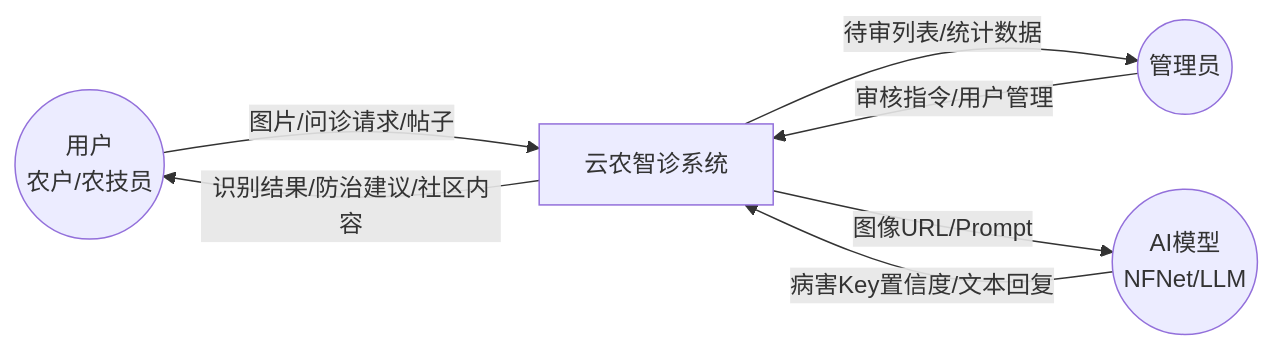
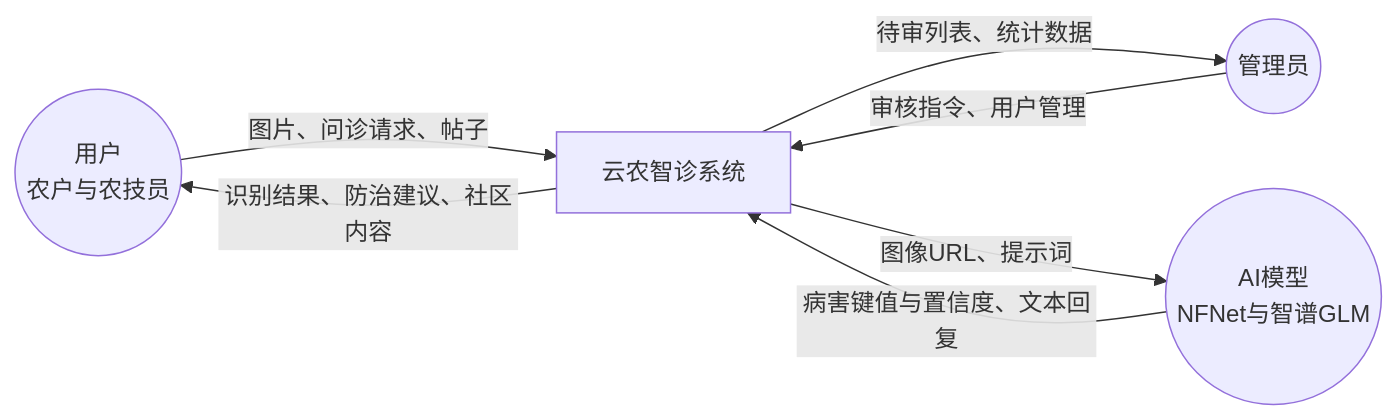
One commit to caicaiyueya/CropDoc-web- changed the second of 3 diagrams in docs/结构化需求分析报告.md. Above: the diagram before and after it, drawn with Mermaid. The commit also changed other lines of this file and 15 other files, not shown here.

````diff
--- a/docs/结构化需求分析报告.md
+++ b/docs/结构化需求分析报告.md
@@ -71,14 +97,14 @@
 ```mermaid
 flowchart LR
-  U((用户<br/>农户/农技员))
+  U((用户<br/>农户与农技员))
   A((管理员))
-  AI((AI模型<br/>NFNet/LLM))
+  AI((AI模型<br/>NFNet与智谱GLM))
   SYS[云农智诊系统]
 
-  U -->|图片/问诊请求/帖子| SYS
-  SYS -->|识别结果/防治建议/社区内容| U
-  A -->|审核指令/用户管理| SYS
-  SYS -->|待审列表/统计数据| A
-  SYS -->|图像URL/Prompt| AI
-  AI -->|病害Key置信度/文本回复| SYS
+  U -->|图片、问诊请求、帖子| SYS
+  SYS -->|识别结果、防治建议、社区内容| U
+  A -->|审核指令、用户管理| SYS
+  SYS -->|待审列表、统计数据| A
+  SYS -->|图像URL、提示词| AI
+  AI -->|病害键值与置信度、文本回复| SYS
 ```
````
